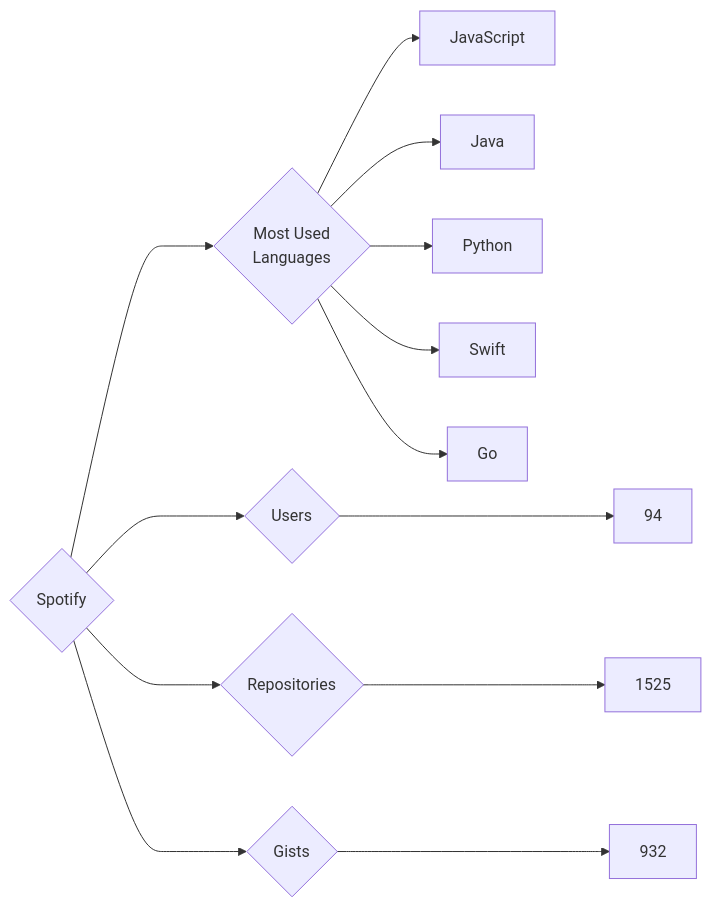
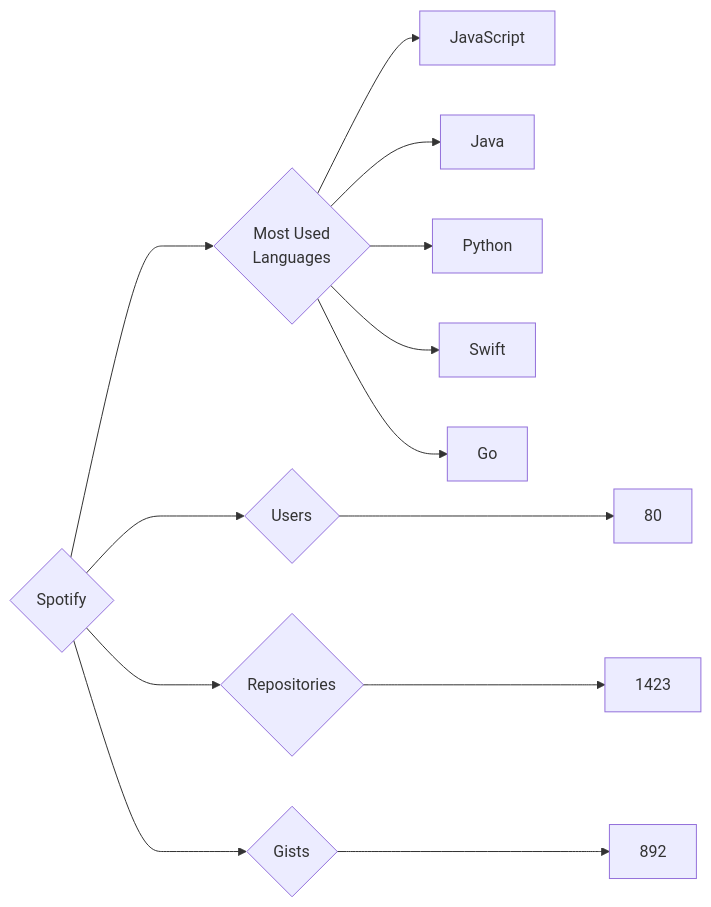
One commit to trickest/insiders changed the diagram in targets/Spotify/README.md. Above: the diagram before and after it, drawn with Mermaid. The commit also changed 953 other files, not shown here.

````diff
--- a/targets/Spotify/README.md
+++ b/targets/Spotify/README.md
@@ -3,13 +3,13 @@
 ```mermaid
 graph LR
 COMPANY_NAME{Spotify}
-COMPANY_NAME ---> U{Users} ---> UN[94]
-COMPANY_NAME ---> R{Repositories} ---> RN[1525]
-COMPANY_NAME ---> G{Gists} ---> GN[932]
+COMPANY_NAME ---> U{Users} ---> UN[80]
+COMPANY_NAME ---> R{Repositories} ---> RN[1423]
+COMPANY_NAME ---> G{Gists} ---> GN[892]
 COMPANY_NAME ---> ML{Most Used<br>Languages}
 ML --> JavaScript[JavaScript]
 ML --> Java[Java]
 ML --> Python[Python]
 ML --> Swift[Swift]
 ML --> Go[Go]
 ```
````
